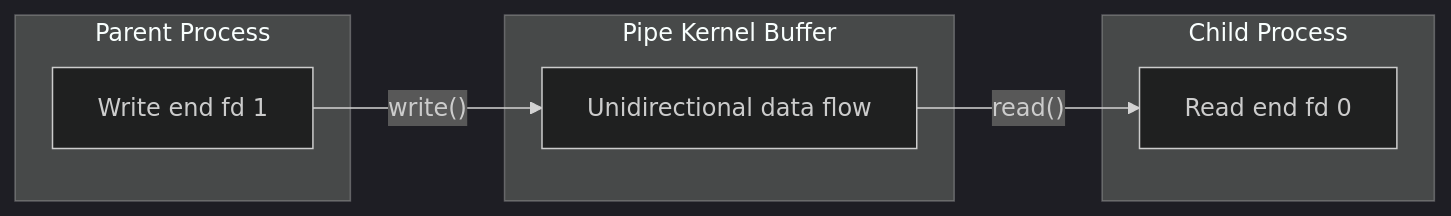
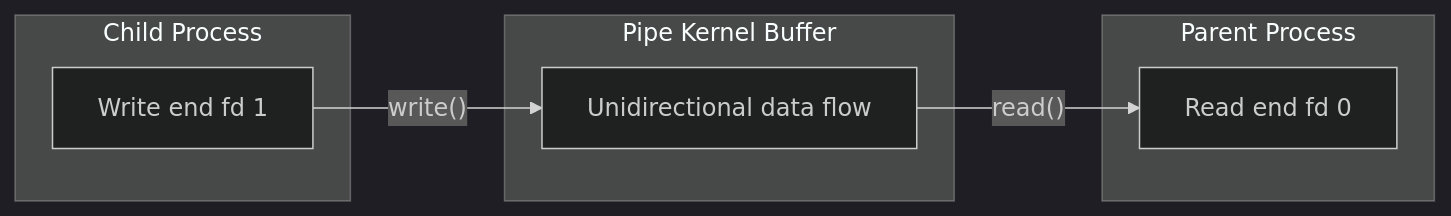
Before and after one commit to vanos001/placement_prep: the second of 2 diagrams in src/languages/c/posix.md, drawn with Mermaid (dark theme). The commit also changed other lines of this file and 153 other files, not shown here.

````diff
--- a/src/languages/c/posix.md
+++ b/src/languages/c/posix.md
@@ -446,15 +446,15 @@
 ```mermaid
 flowchart LR
-    subgraph "Parent Process"
+    subgraph "Child Process"
         A["Write end fd 1"]
     end
     subgraph "Pipe Kernel Buffer"
         B["Unidirectional data flow"]
     end
-    subgraph "Child Process"
+    subgraph "Parent Process"
         C["Read end fd 0"]
     end
     
     A -->|"write()"| B
     B -->|"read()"| C
 ```
````
